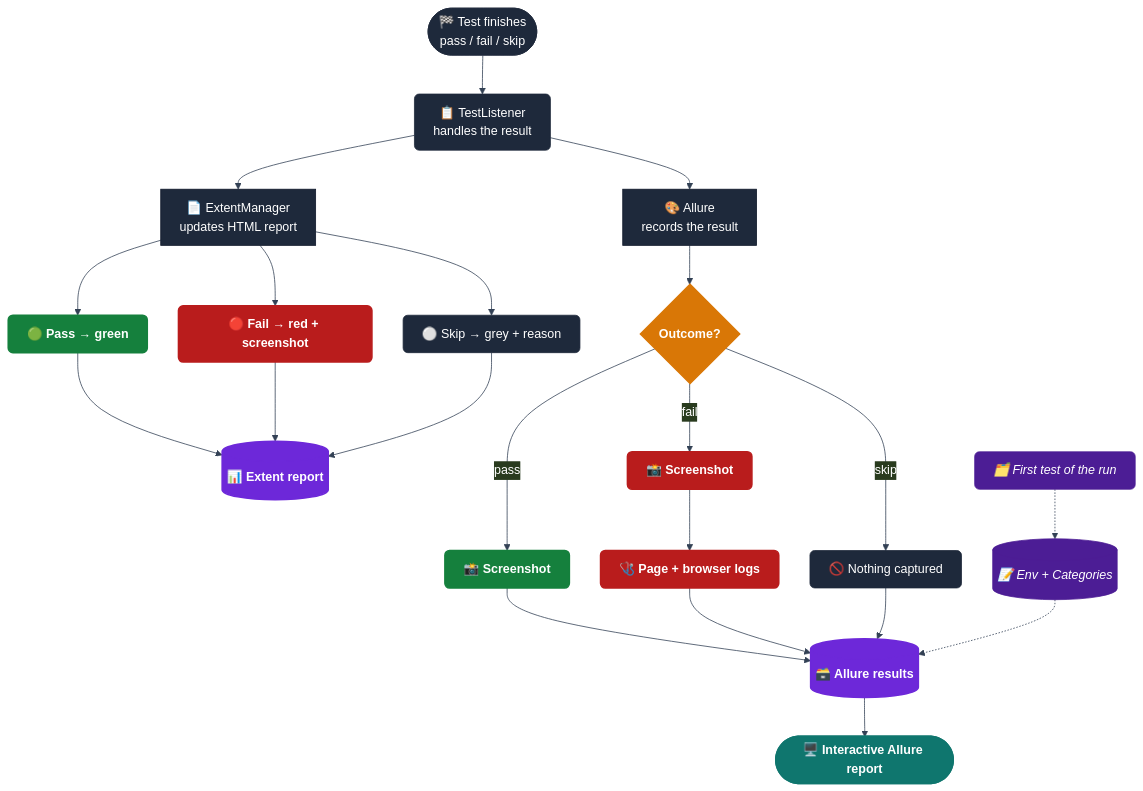
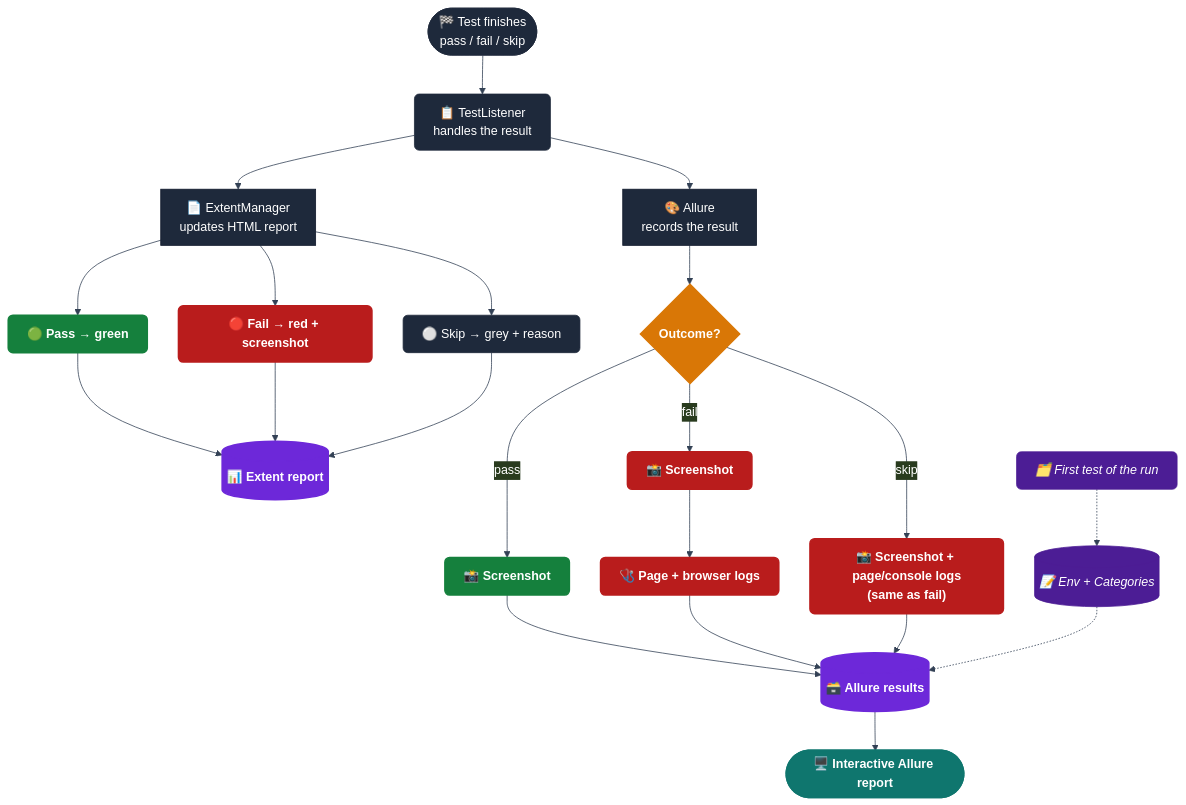
Before and after one commit to amitthakor2510-wq/selenium-automation-framework-Advanced: the diagram in docs/reports-and-quality.md, drawn with Mermaid. The commit also changed other lines of this file and 12 other files, not shown here.

````diff
--- a/docs/reports-and-quality.md
+++ b/docs/reports-and-quality.md
@@ -36,47 +82,47 @@
 ```mermaid
 %%{init: {"theme": "base", "themeVariables": {"background":"#ffffff","primaryColor":"#1E293B","primaryTextColor":"#ffffff","primaryBorderColor":"#0F172A","lineColor":"#334155"}, "flowchart": {"htmlLabels": true, "nodeSpacing": 40, "rankSpacing": 50, "padding": 12}}}%%
 flowchart TD
     A(["🏁 Test finishes<br/>pass / fail / skip"]) --> B["📋 TestListener<br/>handles the result"]
 
     B --> C["📄 ExtentManager<br/>updates HTML report"]
     B --> D["🎨 Allure<br/>records the result"]
 
     C --> C1["🟢 Pass → green"]
     C --> C2["🔴 Fail → red + screenshot"]
     C --> C3["⚪ Skip → grey + reason"]
     C1 --> EXT[("📊 Extent report")]
     C2 --> EXT
     C3 --> EXT
 
     D --> D1{"Outcome?"}
     D1 -- "pass" --> P1["📸 Screenshot"]
     D1 -- "fail" --> F1["📸 Screenshot"]
     F1 --> F2["🩺 Page + browser logs"]
-    D1 -- "skip" --> S1["🚫 Nothing captured"]
+    D1 -- "skip" --> S1["📸 Screenshot + page/console logs<br/>(same as fail)"]
 
     P1 --> ALR[("🗃️ Allure results")]
     F2 --> ALR
     S1 --> ALR
 
     ONCE["🗂️ First test of the run"] -.-> ENV[("📝 Env + Categories")]
     ENV -.-> ALR
 
     ALR --> UI(["🖥️ Interactive Allure report"])
 
     classDef step fill:#1E293B,stroke:#1E293B,color:#ffffff,stroke-width:1px,rx:6,ry:6
     classDef decision fill:#D97706,stroke:#D97706,color:#ffffff,stroke-width:2px,font-weight:bold
     classDef pass fill:#15803D,stroke:#15803D,color:#ffffff,stroke-width:2px,rx:6,ry:6,font-weight:bold
     classDef fail fill:#B91C1C,stroke:#B91C1C,color:#ffffff,stroke-width:2px,rx:6,ry:6,font-weight:bold
     classDef report fill:#6D28D9,stroke:#6D28D9,color:#ffffff,stroke-width:2px,font-weight:bold
     classDef once fill:#4C1D95,stroke:#4C1D95,color:#ffffff,stroke-width:1px,rx:6,ry:6,font-style:italic
     classDef finish fill:#0F766E,stroke:#0F766E,color:#ffffff,stroke-width:2.5px,rx:20,ry:20,font-weight:bold
 
     class A,B step
     class D1 decision
     class C1,P1 pass
-    class C2,F1,F2 fail
-    class C3,S1 step
+    class C2,F1,F2,S1 fail
+    class C3 step
     class EXT,ALR report
     class ONCE,ENV once
     class UI finish
 ```
````
